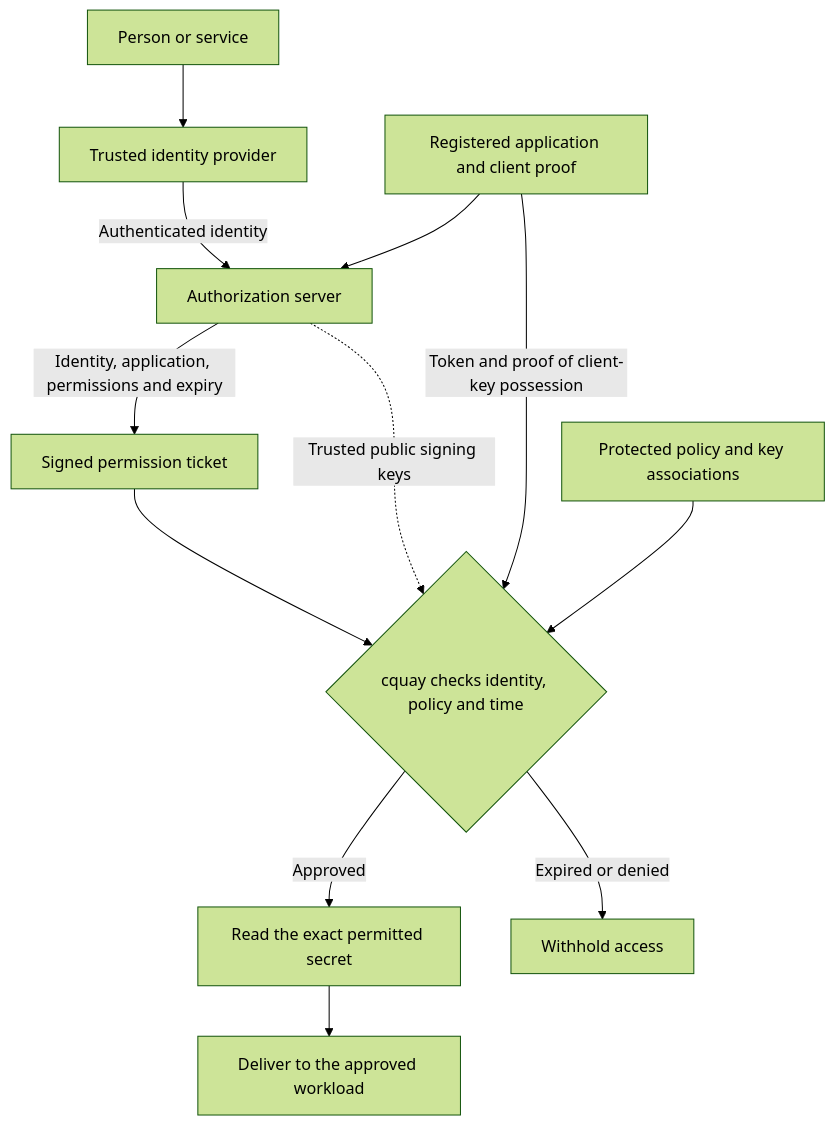
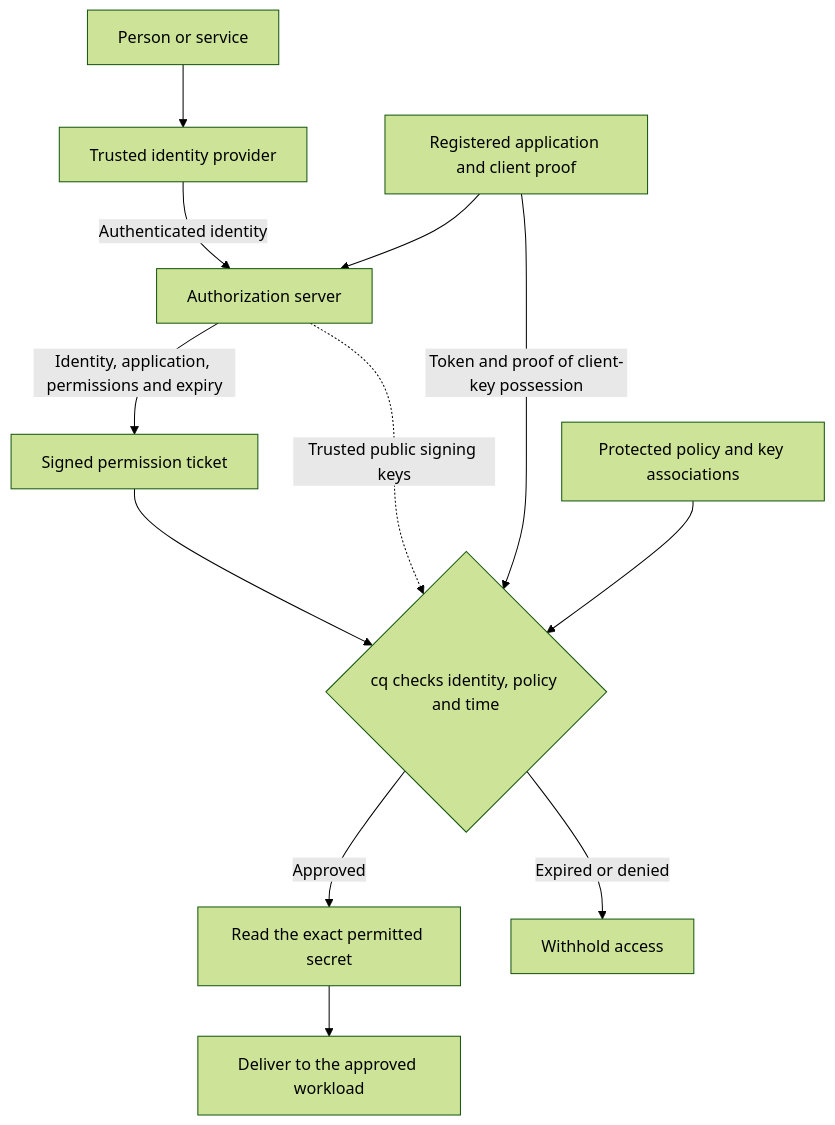
The first of 2 diagrams in docs/identity-and-expiry.md (maldous/CircularQuay), drawn with Mermaid (forest theme) before and after one commit. The commit also changed other lines of this file and 162 other files, not shown here.

````diff
--- a/docs/identity-and-expiry.md
+++ b/docs/identity-and-expiry.md
@@ -39,14 +39,14 @@
 ```mermaid
 flowchart TD
   USER["Person or service"] --> IDP["Trusted identity provider"]
   IDP -- "Authenticated identity" --> AS["Authorization server"]
   APP["Registered application and client proof"] --> AS
   AS -- "Identity, application, permissions and expiry" --> TICKET["Signed permission ticket"]
-  TICKET --> CHECK{"cquay checks identity, policy and time"}
+  TICKET --> CHECK{"cq checks identity, policy and time"}
   AS -. "Trusted public signing keys" .-> CHECK
   APP -- "Token and proof of client-key possession" --> CHECK
   POLICY["Protected policy and key associations"] --> CHECK
   CHECK -- "Approved" --> SOURCE["Read the exact permitted secret"]
   CHECK -- "Expired or denied" --> DENY["Withhold access"]
   SOURCE --> WORKLOAD["Deliver to the approved workload"]
 ```
````
